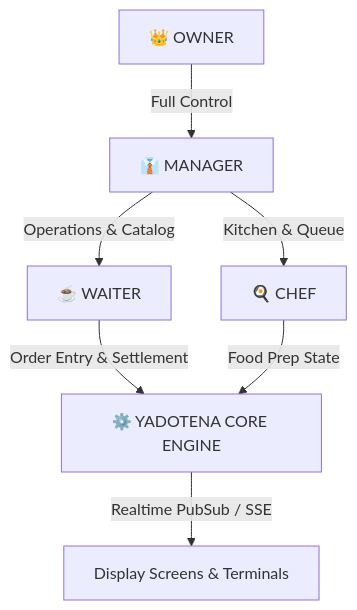
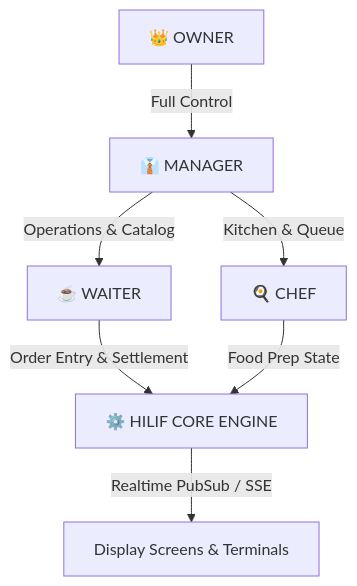
The diagram in ROLES_AND_OPERATIONS.md (ethio-ace/yadotena), drawn with Mermaid before and after one commit. The commit also changed other lines of this file and 119 other files, not shown here.

````diff
--- a/ROLES_AND_OPERATIONS.md
+++ b/ROLES_AND_OPERATIONS.md
@@ -9,9 +9,9 @@
 ```mermaid
 graph TD
     Owner["👑 OWNER"] -->|Full Control| Manager["👔 MANAGER"]
     Manager -->|Operations & Catalog| Waiter["☕ WAITER"]
     Manager -->|Kitchen & Queue| Chef["🍳 CHEF"]
-    Waiter -->|Order Entry & Settlement| CoreEngine["⚙️ YADOTENA CORE ENGINE"]
+    Waiter -->|Order Entry & Settlement| CoreEngine["⚙️ HILIF CORE ENGINE"]
     Chef -->|Food Prep State| CoreEngine
     CoreEngine -->|Realtime PubSub / SSE| KDS["Display Screens & Terminals"]
 ```
````
